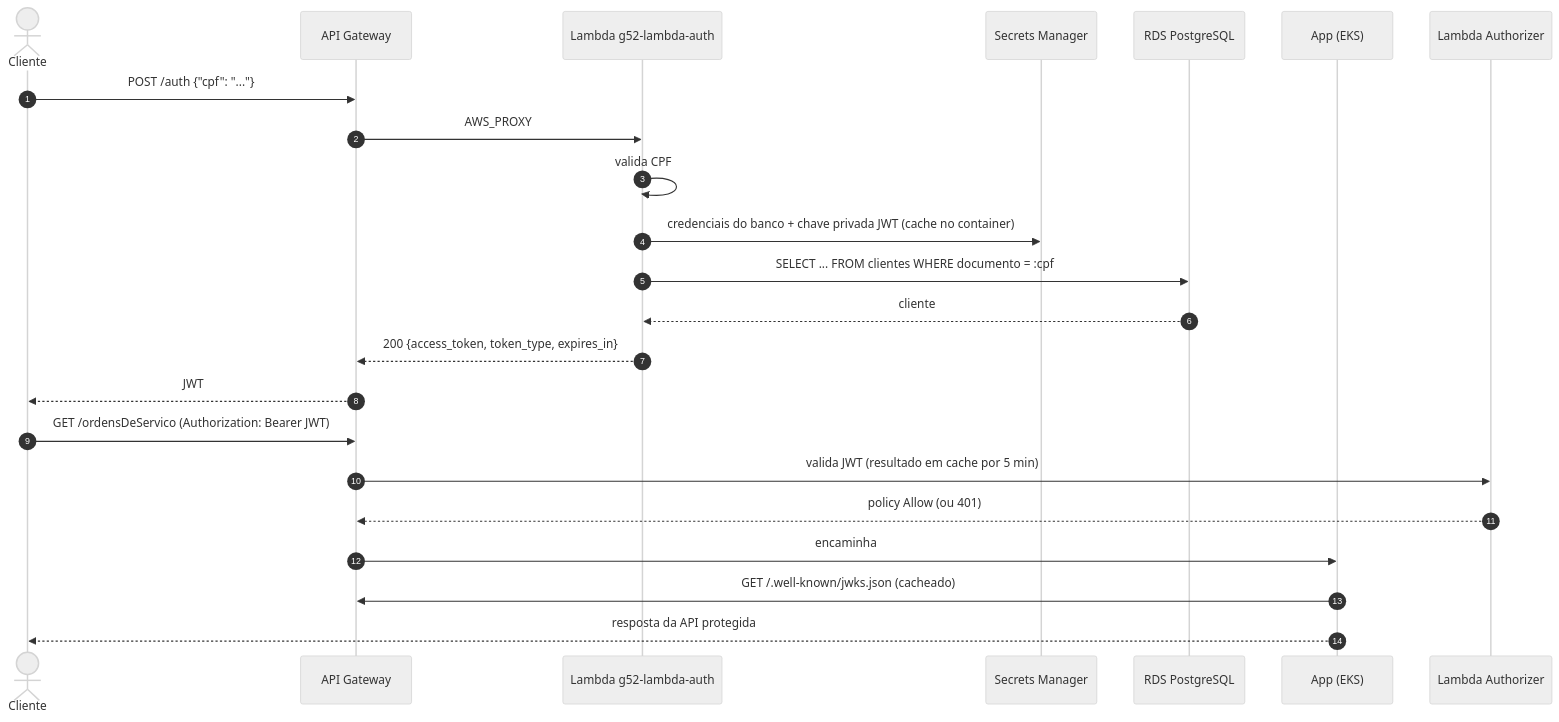
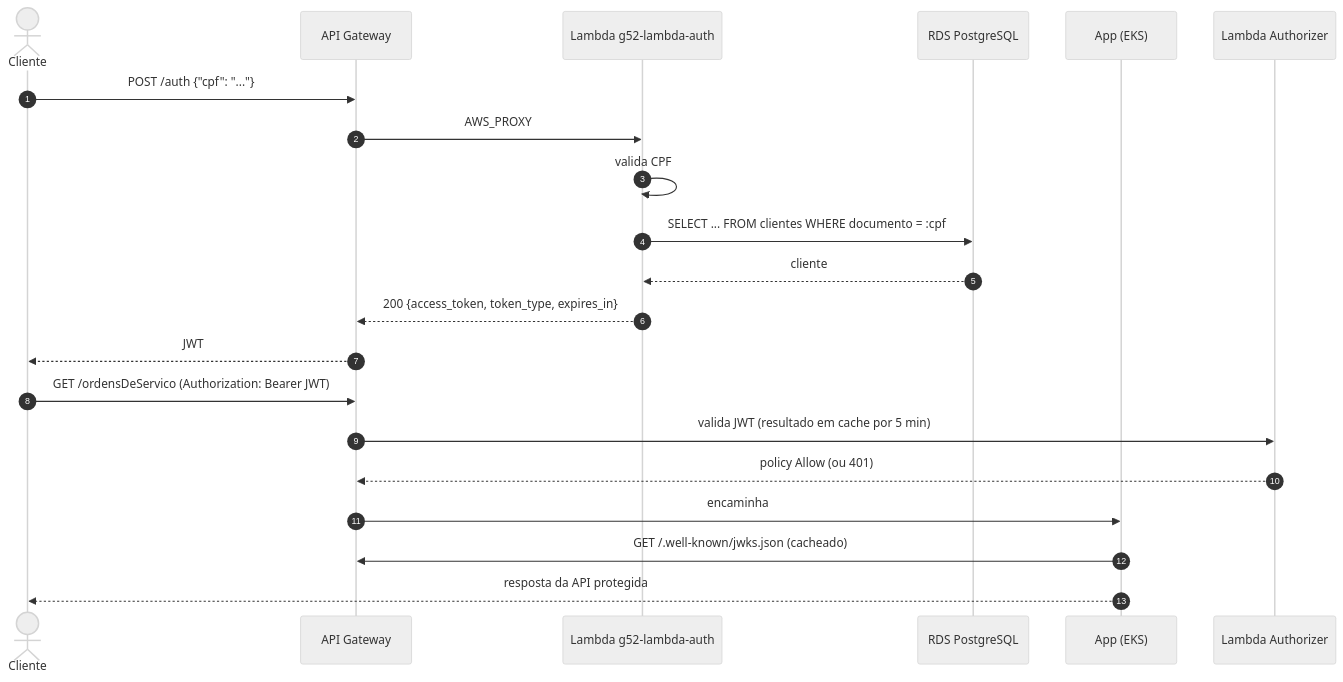
The diagram in README.md (Teplotax/g52-lambda-tech-challenge), drawn with Mermaid (neutral theme) before and after one commit. The commit also changed other lines of this file, not shown here.

````diff
--- a/README.md
+++ b/README.md
@@ -17,27 +17,25 @@
 ```mermaid
 sequenceDiagram
     autonumber
     actor C as Cliente
     participant GW as API Gateway
     participant L as Lambda g52-lambda-auth
-    participant SM as Secrets Manager
     participant DB as RDS PostgreSQL
     participant APP as App (EKS)
 
     C->>GW: POST /auth {"cpf": "..."}
     GW->>L: AWS_PROXY
     L->>L: valida CPF
-    L->>SM: credenciais do banco + chave privada JWT (cache no container)
     L->>DB: SELECT ... FROM clientes WHERE documento = :cpf
     DB-->>L: cliente
     L-->>GW: 200 {access_token, token_type, expires_in}
     GW-->>C: JWT
 
     participant AZ as Lambda Authorizer
     C->>GW: GET /ordensDeServico (Authorization: Bearer JWT)
     GW->>AZ: valida JWT (resultado em cache por 5 min)
     AZ-->>GW: policy Allow (ou 401)
     GW->>APP: encaminha
     APP->>GW: GET /.well-known/jwks.json (cacheado)
     APP-->>C: resposta da API protegida
 ```
````
